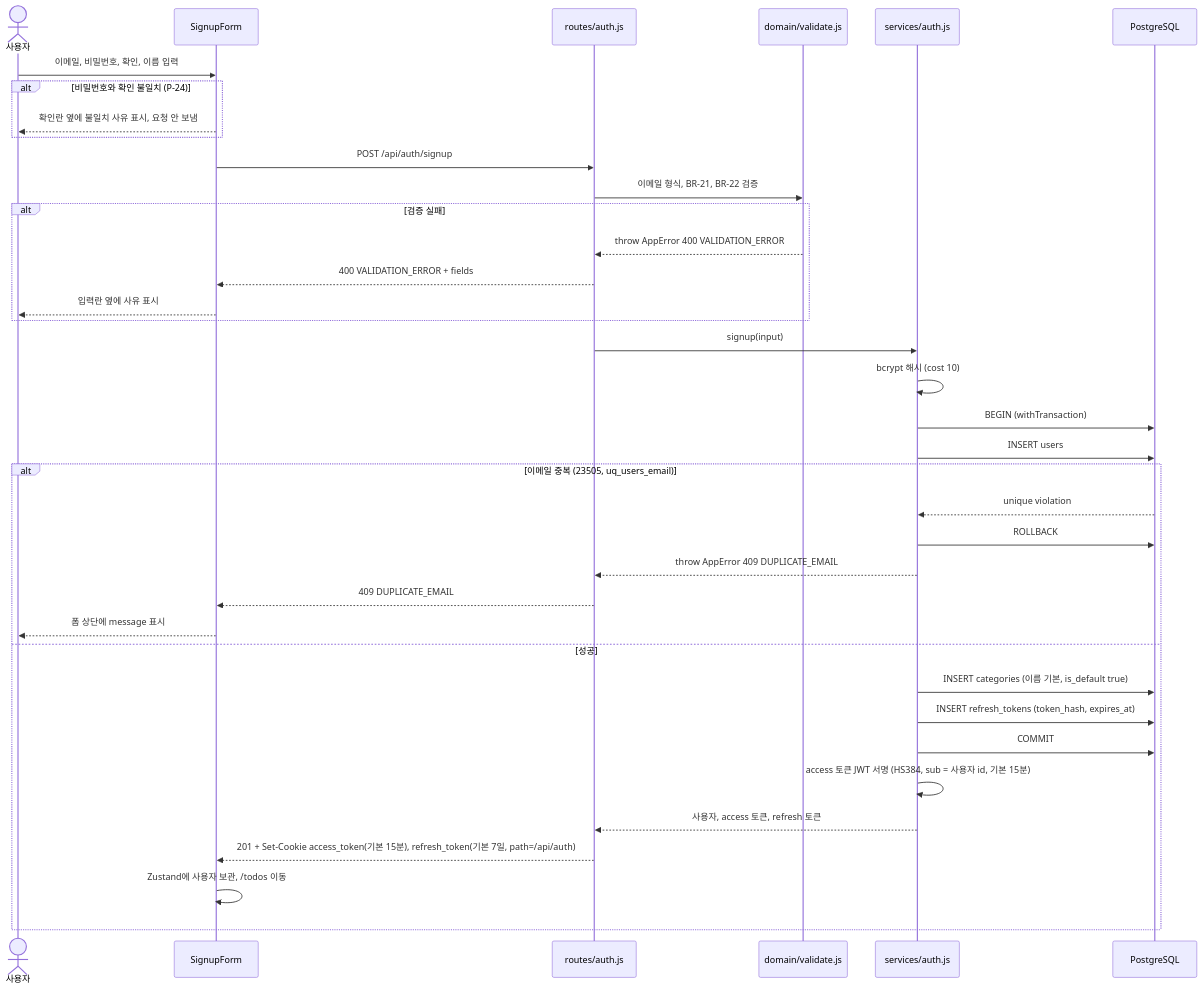
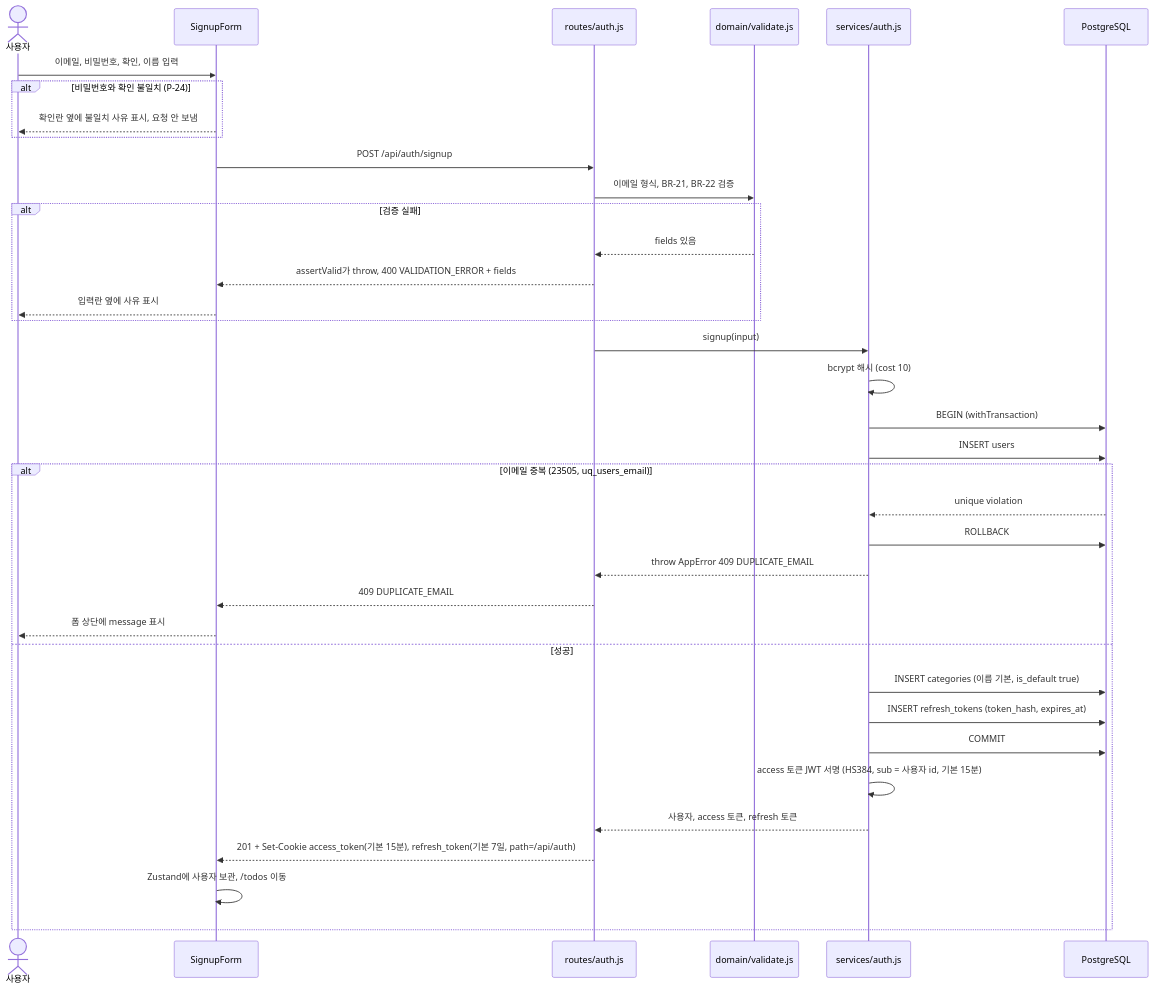
One commit to pomyeong/todolist-app changed the fourth of 10 diagrams in docs/6-arch-diagram.md. Above: the diagram before and after it, drawn with Mermaid. The commit also changed other lines of this file and 10 other files, not shown here.

````diff
--- a/docs/6-arch-diagram.md
+++ b/docs/6-arch-diagram.md
@@ -191,40 +210,40 @@
 ```mermaid
 sequenceDiagram
     actor U as 사용자
     participant FE as SignupForm
     participant RT as routes/auth.js
     participant VD as domain/validate.js
     participant SV as services/auth.js
     participant DB as PostgreSQL
 
     U->>FE: 이메일, 비밀번호, 확인, 이름 입력
     alt 비밀번호와 확인 불일치 (P-24)
         FE-->>U: 확인란 옆에 불일치 사유 표시, 요청 안 보냄
     end
     FE->>RT: POST /api/auth/signup
     RT->>VD: 이메일 형식, BR-21, BR-22 검증
     alt 검증 실패
-        VD-->>RT: throw AppError 400 VALIDATION_ERROR
-        RT-->>FE: 400 VALIDATION_ERROR + fields
+        VD-->>RT: fields 있음
+        RT-->>FE: assertValid가 throw, 400 VALIDATION_ERROR + fields
         FE-->>U: 입력란 옆에 사유 표시
     end
     RT->>SV: signup(input)
     SV->>SV: bcrypt 해시 (cost 10)
     SV->>DB: BEGIN (withTransaction)
     SV->>DB: INSERT users
     alt 이메일 중복 (23505, uq_users_email)
         DB-->>SV: unique violation
         SV->>DB: ROLLBACK
         SV-->>RT: throw AppError 409 DUPLICATE_EMAIL
         RT-->>FE: 409 DUPLICATE_EMAIL
         FE-->>U: 폼 상단에 message 표시
     else 성공
         SV->>DB: INSERT categories (이름 기본, is_default true)
         SV->>DB: INSERT refresh_tokens (token_hash, expires_at)
         SV->>DB: COMMIT
         SV->>SV: access 토큰 JWT 서명 (HS384, sub = 사용자 id, 기본 15분)
         SV-->>RT: 사용자, access 토큰, refresh 토큰
         RT-->>FE: 201 + Set-Cookie access_token(기본 15분), refresh_token(기본 7일, path=/api/auth)
         FE->>FE: Zustand에 사용자 보관, /todos 이동
     end
 ```
````
